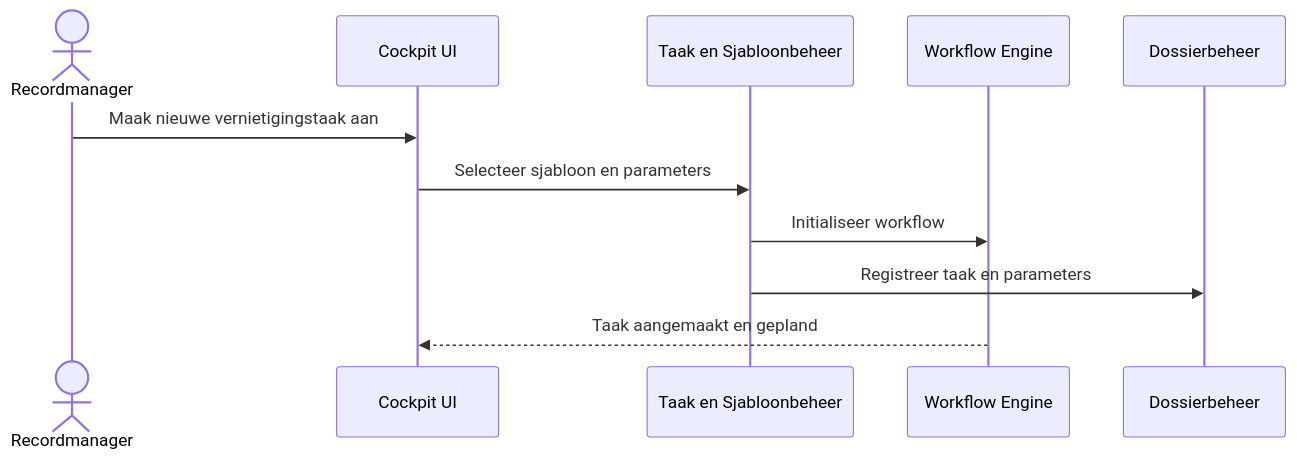
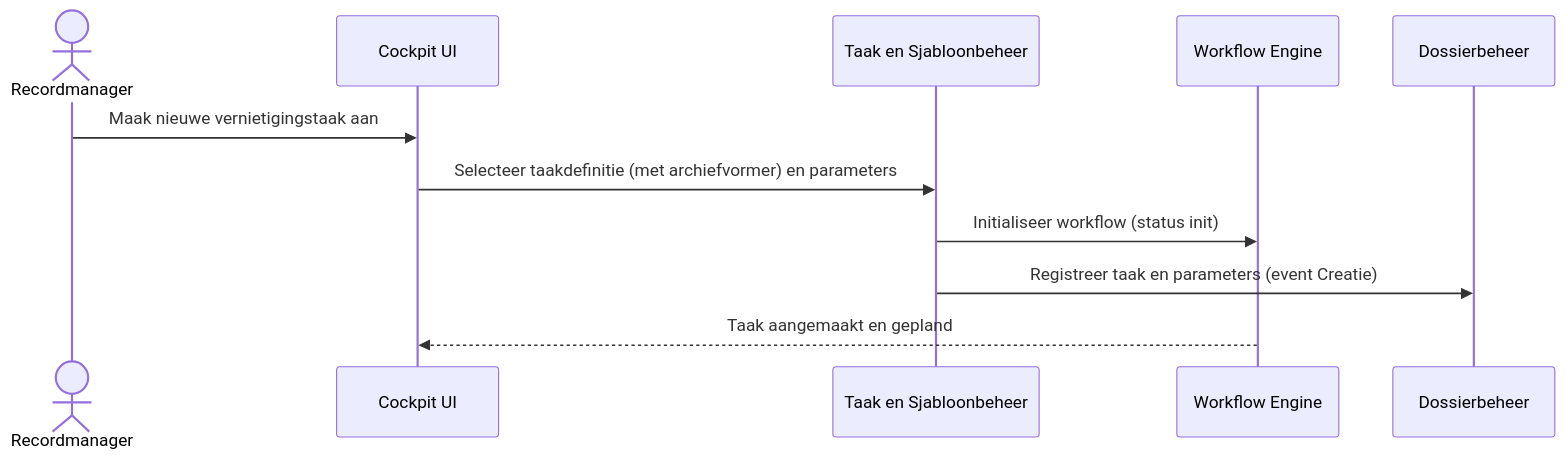
One commit to GemeenteArnhem/Vernietigingscockpit changed the first of 12 diagrams in architectuur/sequence-diagrammen.md. Above: the diagram before and after it, drawn with Mermaid. The commit also changed other lines of this file and 39 other files, not shown here.

````diff
--- a/architectuur/sequence-diagrammen.md
+++ b/architectuur/sequence-diagrammen.md
@@ -21,14 +21,14 @@
 ```mermaid
 sequenceDiagram
     actor RM as Recordmanager
     participant UI as Cockpit UI
     participant Task as Taak en Sjabloonbeheer
     participant WF as Workflow Engine
     participant D as Dossierbeheer
 
     RM ->> UI: Maak nieuwe vernietigingstaak aan
-    UI ->> Task: Selecteer sjabloon en parameters
-    Task ->> WF: Initialiseer workflow
-    Task ->> D: Registreer taak en parameters
+    UI ->> Task: Selecteer taakdefinitie (met archiefvormer) en parameters
+    Task ->> WF: Initialiseer workflow (status init)
+    Task ->> D: Registreer taak en parameters (event Creatie)
     WF -->> UI: Taak aangemaakt en gepland
 ```
````
